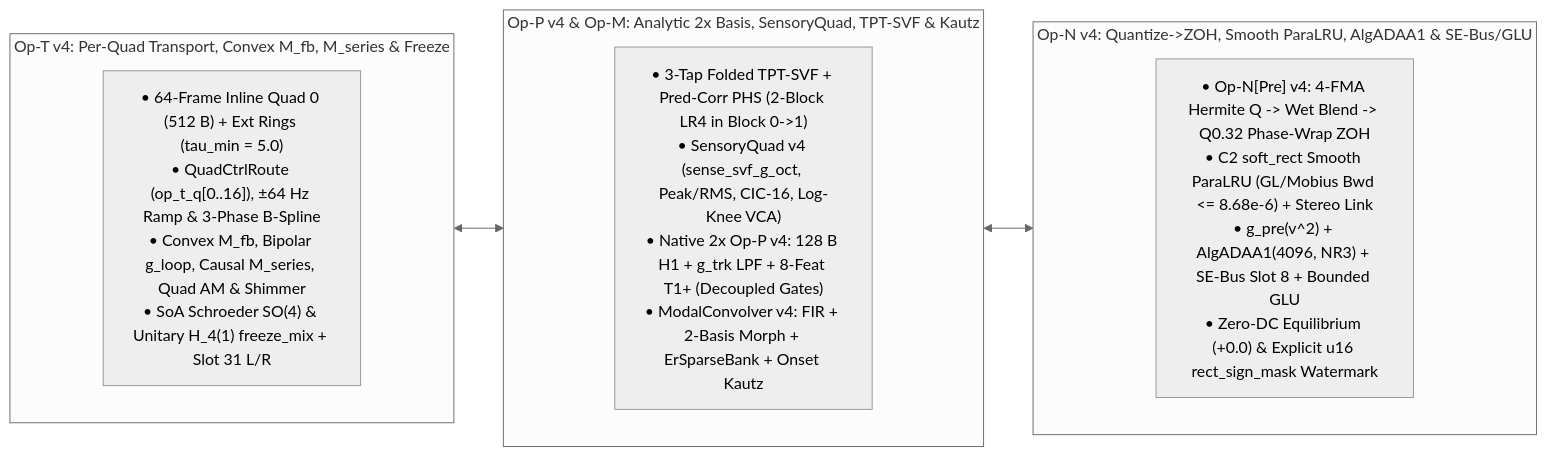
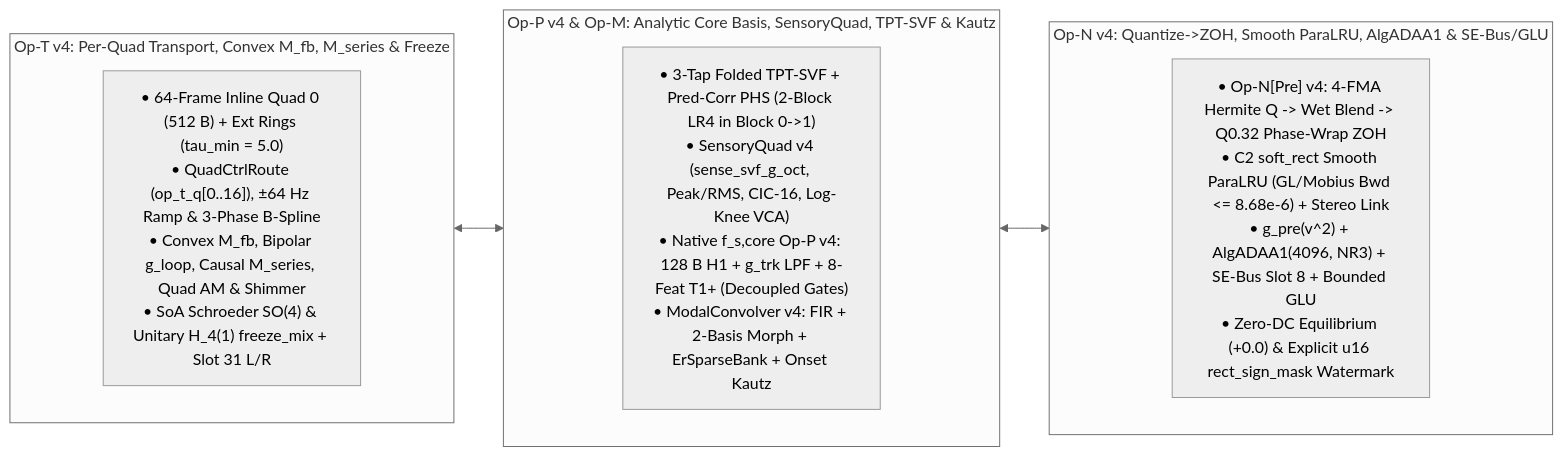
Before and after one commit to mokugen/dnam: the third of 7 diagrams in docs/specs/architecture/sona_architecture.md, drawn with Mermaid (neutral theme). The commit also changed other lines of this file and 23 other files, not shown here.

````diff
--- a/docs/specs/architecture/sona_architecture.md
+++ b/docs/specs/architecture/sona_architecture.md
@@ -239,20 +246,20 @@
 ```mermaid
 flowchart LR
     subgraph OpT ["Op-T v4: Per-Quad Transport, Convex M_fb, M_series & Freeze"]
         direction TB
         T1["• 64-Frame Inline Quad 0 (512 B) + Ext Rings (tau_min = 5.0)<br/>• QuadCtrlRoute (op_t_q[0..16]), ±64 Hz Ramp & 3-Phase B-Spline<br/>• Convex M_fb, Bipolar g_loop, Causal M_series, Quad AM & Shimmer<br/>• SoA Schroeder SO(4) & Unitary H_4(1) freeze_mix + Slot 31 L/R"]
     end
 
-    subgraph OpM ["Op-P v4 & Op-M: Analytic 2x Basis, SensoryQuad, TPT-SVF & Kautz"]
+    subgraph OpM ["Op-P v4 & Op-M: Analytic Core Basis, SensoryQuad, TPT-SVF & Kautz"]
         direction TB
-        M1["• 3-Tap Folded TPT-SVF + Pred-Corr PHS (2-Block LR4 in Block 0->1)<br/>• SensoryQuad v4 (sense_svf_g_oct, Peak/RMS, CIC-16, Log-Knee VCA)<br/>• Native 2x Op-P v4: 128 B H1 + g_trk LPF + 8-Feat T1+ (Decoupled Gates)<br/>• ModalConvolver v4: FIR + 2-Basis Morph + ErSparseBank + Onset Kautz"]
+        M1["• 3-Tap Folded TPT-SVF + Pred-Corr PHS (2-Block LR4 in Block 0->1)<br/>• SensoryQuad v4 (sense_svf_g_oct, Peak/RMS, CIC-16, Log-Knee VCA)<br/>• Native f_s,core Op-P v4: 128 B H1 + g_trk LPF + 8-Feat T1+ (Decoupled Gates)<br/>• ModalConvolver v4: FIR + 2-Basis Morph + ErSparseBank + Onset Kautz"]
     end
 
     subgraph OpN ["Op-N v4: Quantize->ZOH, Smooth ParaLRU, AlgADAA1 & SE-Bus/GLU"]
         direction TB
         N1["• Op-N[Pre] v4: 4-FMA Hermite Q -> Wet Blend -> Q0.32 Phase-Wrap ZOH<br/>• C2 soft_rect Smooth ParaLRU (GL/Mobius Bwd <= 8.68e-6) + Stereo Link<br/>• g_pre(v^2) + AlgADAA1(4096, NR3) + SE-Bus Slot 8 + Bounded GLU<br/>• Zero-DC Equilibrium (+0.0) & Explicit u16 rect_sign_mask Watermark"]
     end
 
     T1 <--> M1
     M1 <--> N1
 ```
````
